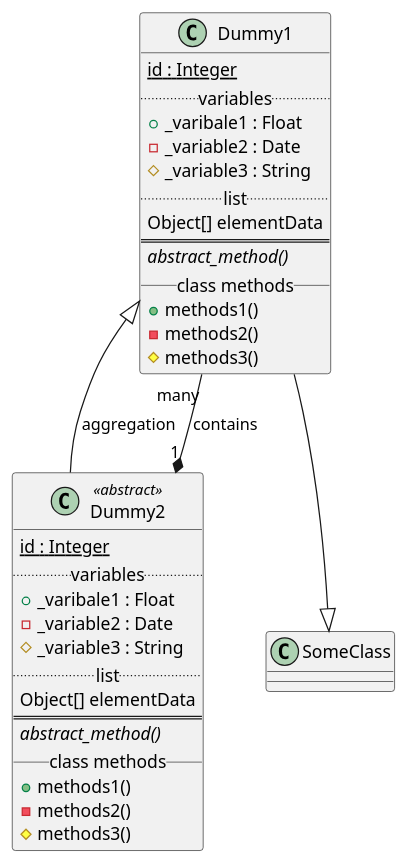
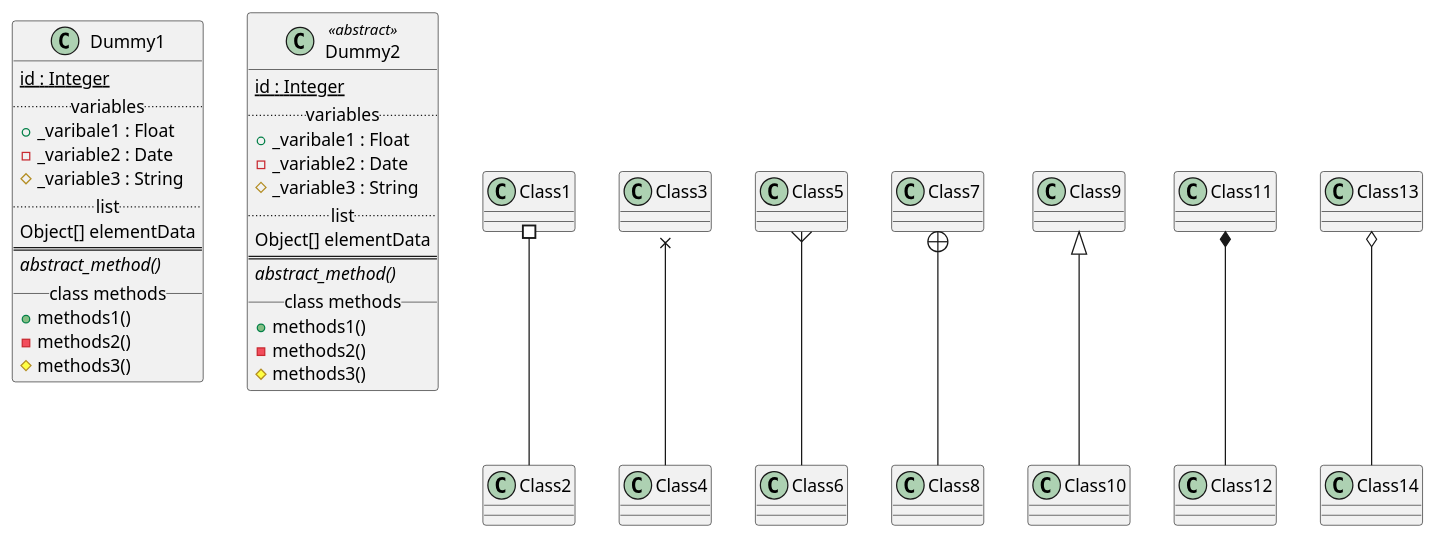
Before and after one commit to ash1khan/boilerplate: the diagram in diagrams/structural diagrams/class.puml, drawn with PlantUML. The commit also changed other lines of this file and 4 other files, not shown here.

Commit message:
folder structure change, start of real uml, output folder added

```diff
--- a/diagrams/structural diagrams/class.puml
+++ b/diagrams/structural diagrams/class.puml
@@ -34,47 +63,50 @@
 @startuml
 ' Style area
 
 ' Icons area
 
 ' Skip Parameteres here
 ' Header Title area
 
 ' class definition
 class Dummy1 {
     {static} id : Integer
     .. variables ..
     {field} +_varibale1 : Float
     {field} -_variable2 : Date
     {field} #_variable3 : String
     .. list ..
     Object[] elementData
     ==
     {abstract} abstract_method()
     __ class methods __
     {method} +methods1()
     {method} -methods2()
     {method} #methods3()
 }
 
 class Dummy2 <<abstract>> {
     {static} id : Integer
     .. variables ..
     {field} +_varibale1 : Float
     {field} -_variable2 : Date
     {field} #_variable3 : String
     .. list ..
     Object[] elementData
     ==
     {abstract} abstract_method()
     __ class methods __
     {method} +methods1()
     {method} -methods2()
     {method} #methods3()
 }
-
-' Relations
-Dummy2 "1" *-- "many" Dummy1 : contains
-Dummy1 <|-- Dummy2 : aggregation
-Dummy1 --|> SomeClass
+Class1 #-- Class2
+Class3 x-- Class4
+Class5 }-- Class6
+Class7 +-- Class8
+Class9 ^-- Class10
+Class11 *-- Class12
+Class13 o-- Class14
+' connection and relations
 
 @enduml
```
